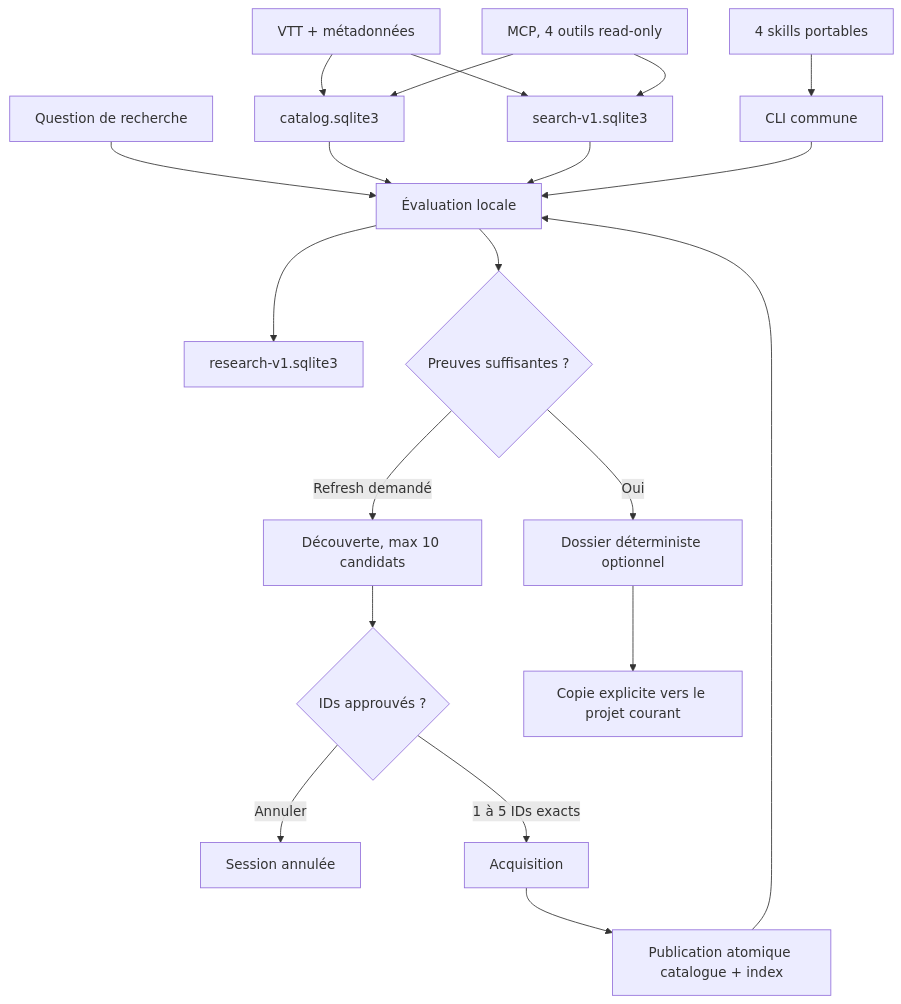
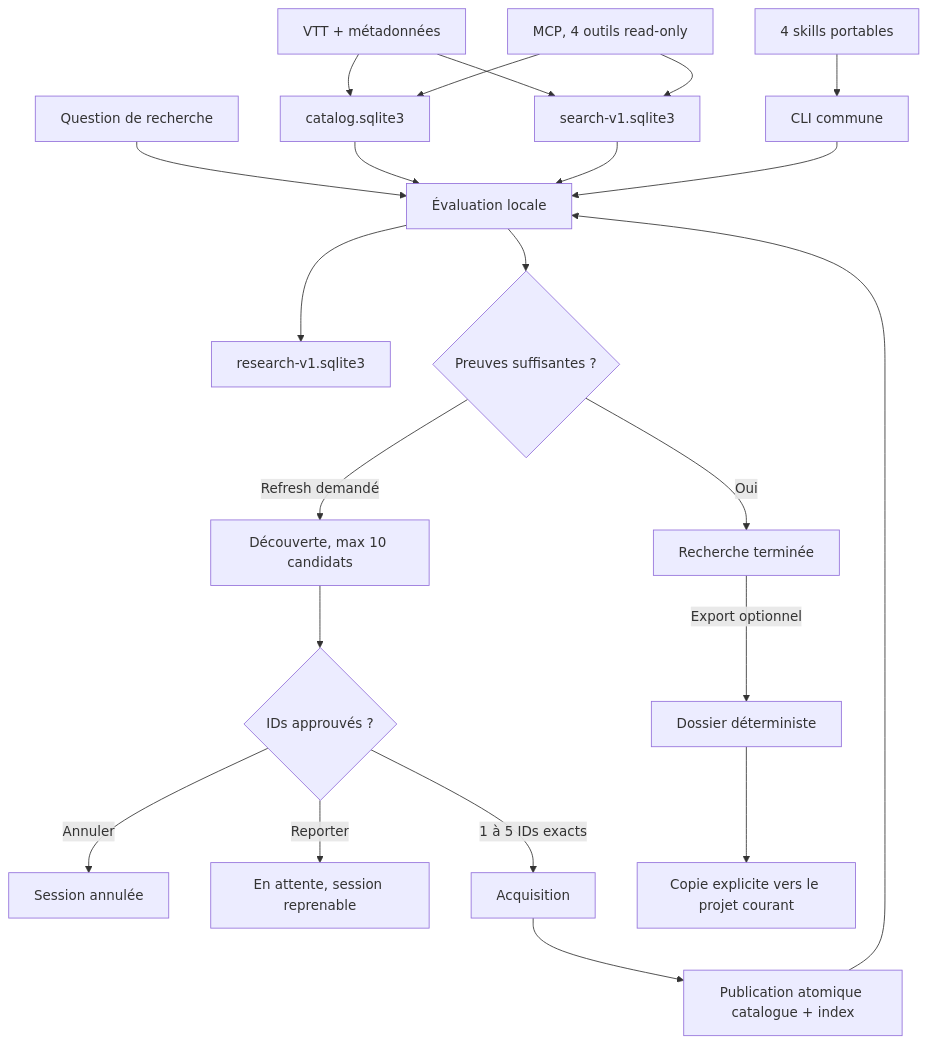
Before and after one commit to FlorianBruniaux/youtube-video-insights: the diagram in docs/IMPLEMENTATION-STATUS.md, drawn with Mermaid. The commit also changed other lines of this file and 9 other files, not shown here.

````diff
--- a/docs/IMPLEMENTATION-STATUS.md
+++ b/docs/IMPLEMENTATION-STATUS.md
@@ -17,22 +17,24 @@
 ```mermaid
 flowchart TD
     U[Question de recherche] --> A[Évaluation locale]
     VTT[VTT + métadonnées] --> CAT[catalog.sqlite3]
     VTT --> FTS[search-v1.sqlite3]
     CAT --> A
     FTS --> A
     A --> R[research-v1.sqlite3]
     A --> Q1{Preuves suffisantes ?}
-    Q1 -->|Oui| OUT[Dossier déterministe optionnel]
+    Q1 -->|Oui| DONE[Recherche terminée]
+    DONE -->|Export optionnel| OUT[Dossier déterministe]
     Q1 -->|Refresh demandé| DISC[Découverte, max 10 candidats]
     DISC --> Q2{IDs approuvés ?}
     Q2 -->|Annuler| STOP[Session annulée]
+    Q2 -->|Reporter| HOLD[En attente, session reprenable]
     Q2 -->|1 à 5 IDs exacts| ACQ[Acquisition]
     ACQ --> IDX[Publication atomique catalogue + index]
     IDX --> A
     OUT --> COPY[Copie explicite vers le projet courant]
     MCP[MCP, 4 outils read-only] --> CAT
     MCP --> FTS
     SKILL[4 skills portables] --> CLI[CLI commune]
     CLI --> A
 ```
````
